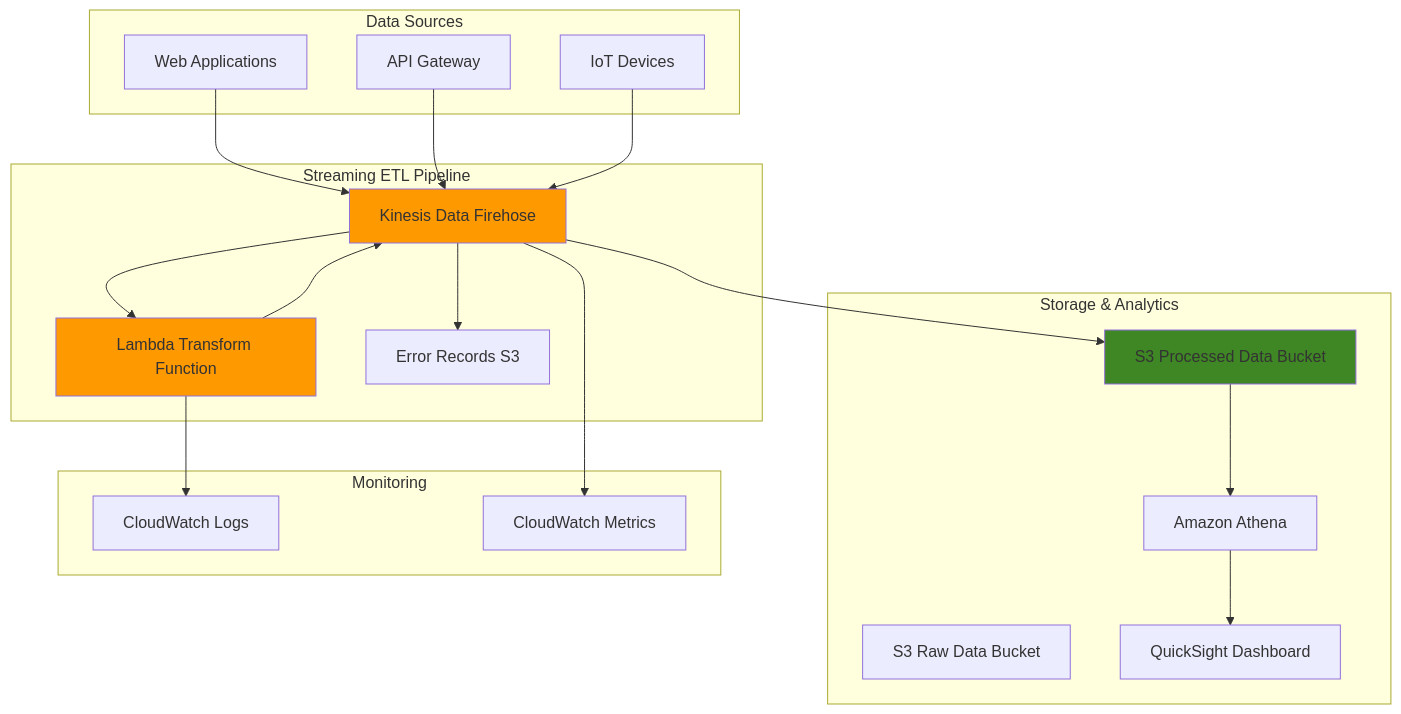
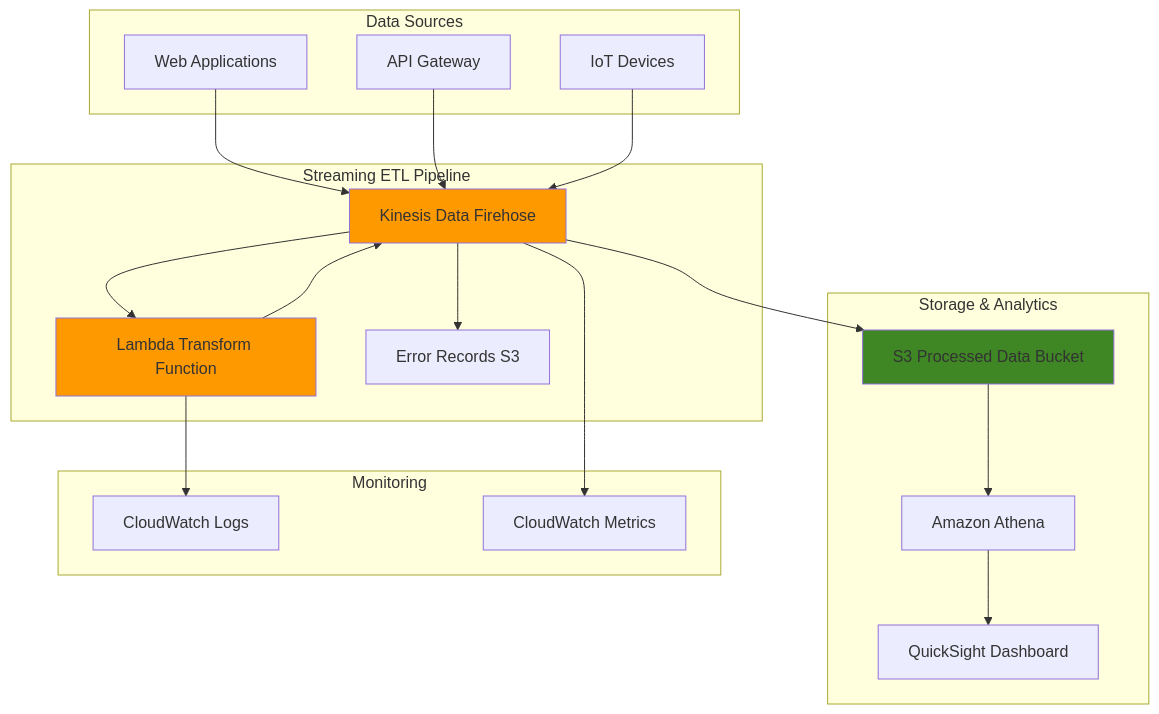
Before and after one commit to mzazon/awesome-cloud-projects: the diagram in aws/streaming-etl-firehose/streaming-etl-firehose.md, drawn with Mermaid. The commit also changed other lines of this file and 5581 other files, not shown here.

````diff
--- a/aws/streaming-etl-firehose/streaming-etl-firehose.md
+++ b/aws/streaming-etl-firehose/streaming-etl-firehose.md
@@ -30,45 +30,44 @@
 ```mermaid
 graph TB
     subgraph "Data Sources"
         APP[Web Applications]
         API[API Gateway]
         IOT[IoT Devices]
     end
     
     subgraph "Streaming ETL Pipeline"
         FIREHOSE[Kinesis Data Firehose]
         LAMBDA[Lambda Transform Function]
         ERROR[Error Records S3]
     end
     
     subgraph "Storage & Analytics"
-        S3RAW[S3 Raw Data Bucket]
         S3PROCESSED[S3 Processed Data Bucket]
         ATHENA[Amazon Athena]
         QUICKSIGHT[QuickSight Dashboard]
     end
     
     subgraph "Monitoring"
         CW[CloudWatch Logs]
         CWM[CloudWatch Metrics]
     end
     
     APP-->FIREHOSE
     API-->FIREHOSE
     IOT-->FIREHOSE
     
     FIREHOSE-->LAMBDA
     LAMBDA-->FIREHOSE
     FIREHOSE-->S3PROCESSED
     FIREHOSE-->ERROR
     
     S3PROCESSED-->ATHENA
     ATHENA-->QUICKSIGHT
     
     LAMBDA-->CW
     FIREHOSE-->CWM
     
     style FIREHOSE fill:#FF9900
     style LAMBDA fill:#FF9900
     style S3PROCESSED fill:#3F8624
 ```
````
